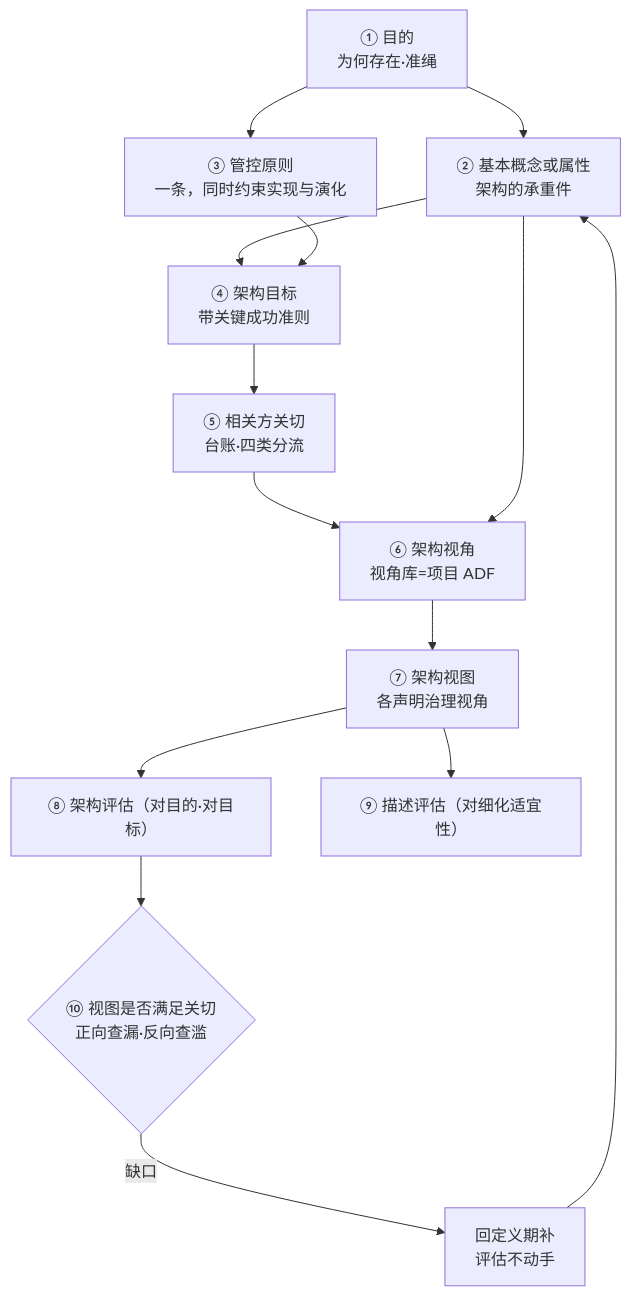
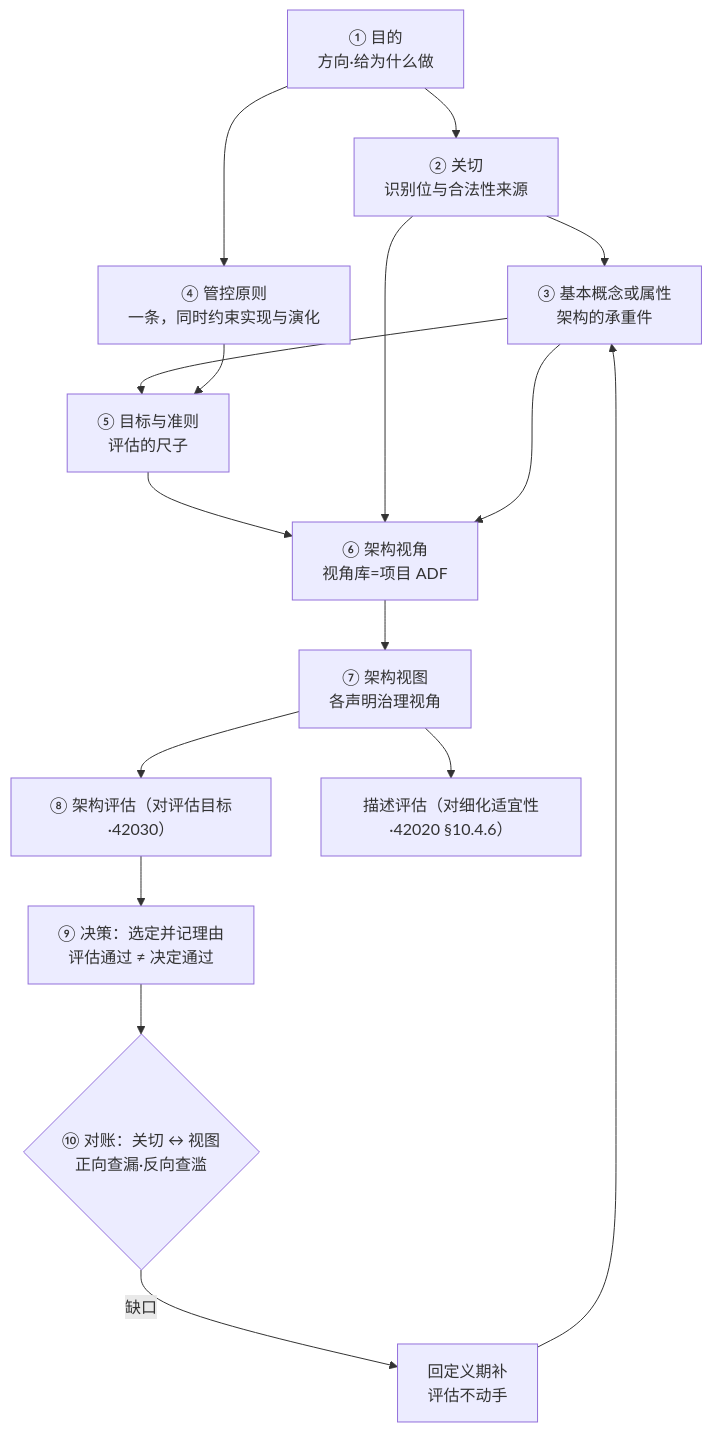
Before and after one commit to Yongjunzhou/business-Engineering: the second of 2 diagrams in 10-系统工程研究/00-系统工程相关研究报告/32-架构视角与关切判据研究报告-从视角集到关切裁决.md, drawn with Mermaid. The commit also changed other lines of this file and 30 other files, not shown here.

````diff
--- a/10-系统工程研究/00-系统工程相关研究报告/32-架构视角与关切判据研究报告-从视角集到关切裁决.md
+++ b/10-系统工程研究/00-系统工程相关研究报告/32-架构视角与关切判据研究报告-从视角集到关切裁决.md
@@ -677,16 +818,18 @@
 ```mermaid
 flowchart TD
-    P["① 目的<br/>为何存在·准绳"] --> D["② 基本概念或属性<br/>架构的承重件"]
-    P --> R["③ 管控原则<br/>一条，同时约束实现与演化"]
-    D --> O["④ 架构目标<br/>带关键成功准则"]
+    P["① 目的<br/>方向·给为什么做"] --> C["② 关切<br/>识别位与合法性来源"]
+    C --> D["③ 基本概念或属性<br/>架构的承重件"]
+    P --> R["④ 管控原则<br/>一条，同时约束实现与演化"]
+    D --> O["⑤ 目标与准则<br/>评估的尺子"]
     R --> O
-    O --> C["⑤ 相关方关切<br/>台账·四类分流"]
-    C --> VP["⑥ 架构视角<br/>视角库=项目 ADF"]
+    O --> VP["⑥ 架构视角<br/>视角库=项目 ADF"]
+    C --> VP
     D --> VP
     VP --> V["⑦ 架构视图<br/>各声明治理视角"]
-    V --> EV["⑧ 架构评估（对目的·对目标）"]
-    V --> EV2["⑨ 描述评估（对细化适宜性）"]
-    EV --> CK{"⑩ 视图是否满足关切<br/>正向查漏·反向查滥"}
+    V --> EV["⑧ 架构评估（对评估目标·42030）"]
+    V --> EV2["描述评估（对细化适宜性·42020 §10.4.6）"]
+    EV --> DC["⑨ 决策：选定并记理由<br/>评估通过 ≠ 决定通过"]
+    DC --> CK{"⑩ 对账：关切 ↔ 视图<br/>正向查漏·反向查滥"}
     CK -->|"缺口"| FIX["回定义期补<br/>评估不动手"]
     FIX --> D
 ```
````
